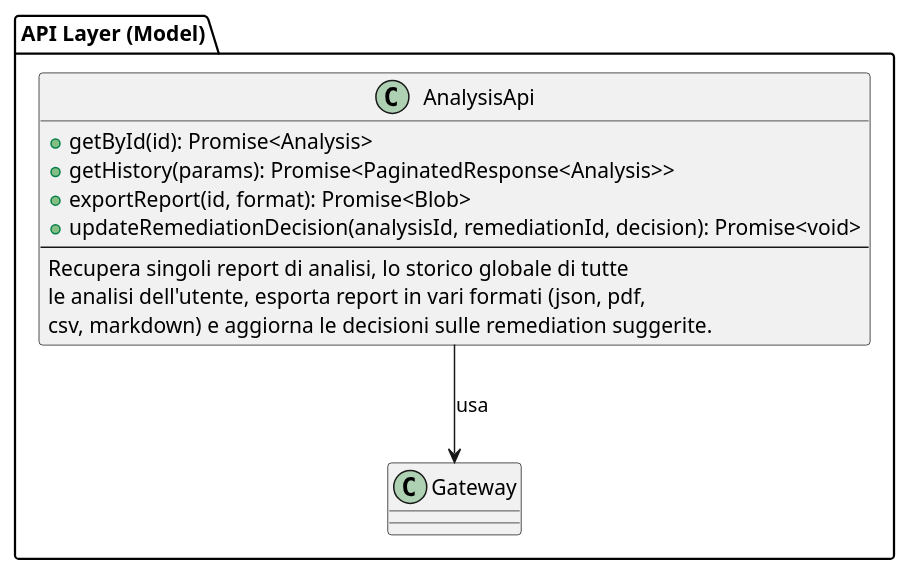
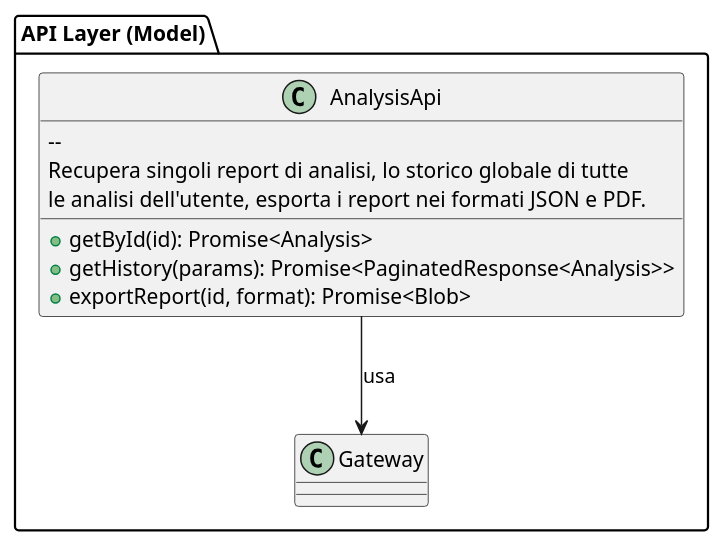
The diagram in assets/st_diagrams/code/frontend/api/analysis_api.plantuml (SkarabGroup/DocumentazioneProgetto), drawn with PlantUML before and after one commit. The commit also changed 15 other files, not shown here.

```diff
--- a/assets/st_diagrams/code/frontend/api/analysis_api.plantuml
+++ b/assets/st_diagrams/code/frontend/api/analysis_api.plantuml
@@ -1,16 +1,14 @@
 @startuml
 package "API Layer (Model)" {
   class AnalysisApi {
     + getById(id): Promise<Analysis>
     + getHistory(params): Promise<PaginatedResponse<Analysis>>
     + exportReport(id, format): Promise<Blob>
-    + updateRemediationDecision(analysisId, remediationId, decision): Promise<void>
-    --
+        --
     Recupera singoli report di analisi, lo storico globale di tutte
-    le analisi dell'utente, esporta report in vari formati (json, pdf,
-    csv, markdown) e aggiorna le decisioni sulle remediation suggerite.
+    le analisi dell'utente, esporta i report nei formati JSON e PDF.
   }
 
   AnalysisApi --> "Gateway" : usa
 }
 @enduml
```
